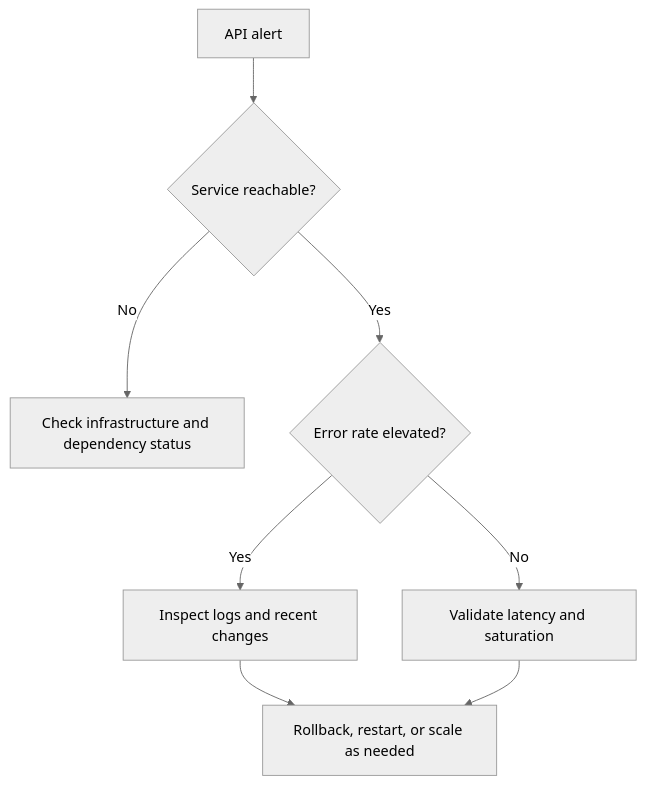
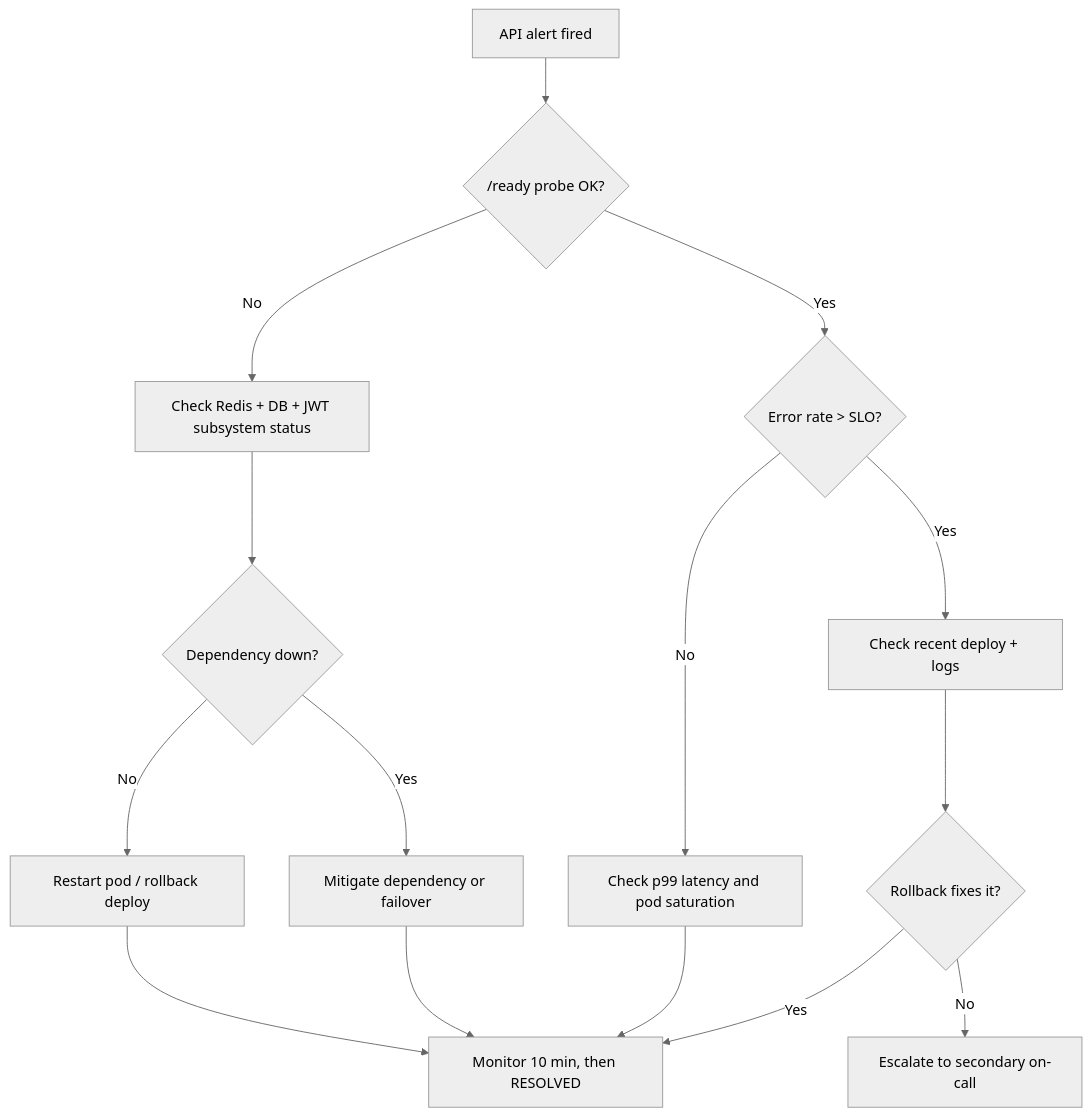
One commit to zrlopez/ml-incident-response-playbook changed the diagram in runbooks/api_outage.md. Above: the diagram before and after it, drawn with Mermaid (neutral theme). The commit also changed other lines of this file and 5 other files, not shown here.

````diff
--- a/runbooks/api_outage.md
+++ b/runbooks/api_outage.md
@@ -32,10 +70,17 @@
 ```mermaid
 flowchart TD
-    A[API alert] --> B{Service reachable?}
-    B -- No --> C[Check infrastructure and dependency status]
-    B -- Yes --> D{Error rate elevated?}
-    D -- Yes --> E[Inspect logs and recent changes]
-    D -- No --> F[Validate latency and saturation]
-    E --> G[Rollback, restart, or scale as needed]
-    F --> G
+    A[API alert fired] --> B{/ready probe OK?}
+    B -- No --> C[Check Redis + DB + JWT subsystem status]
+    B -- Yes --> D{Error rate > SLO?}
+    D -- Yes --> E[Check recent deploy + logs]
+    D -- No --> F[Check p99 latency and pod saturation]
+    C --> G{Dependency down?}
+    G -- Yes --> H[Mitigate dependency or failover]
+    G -- No --> I[Restart pod / rollback deploy]
+    E --> J{Rollback fixes it?}
+    J -- Yes --> K[Monitor 10 min, then RESOLVED]
+    J -- No --> L[Escalate to secondary on-call]
+    F --> K
+    H --> K
+    I --> K
 ```
````
